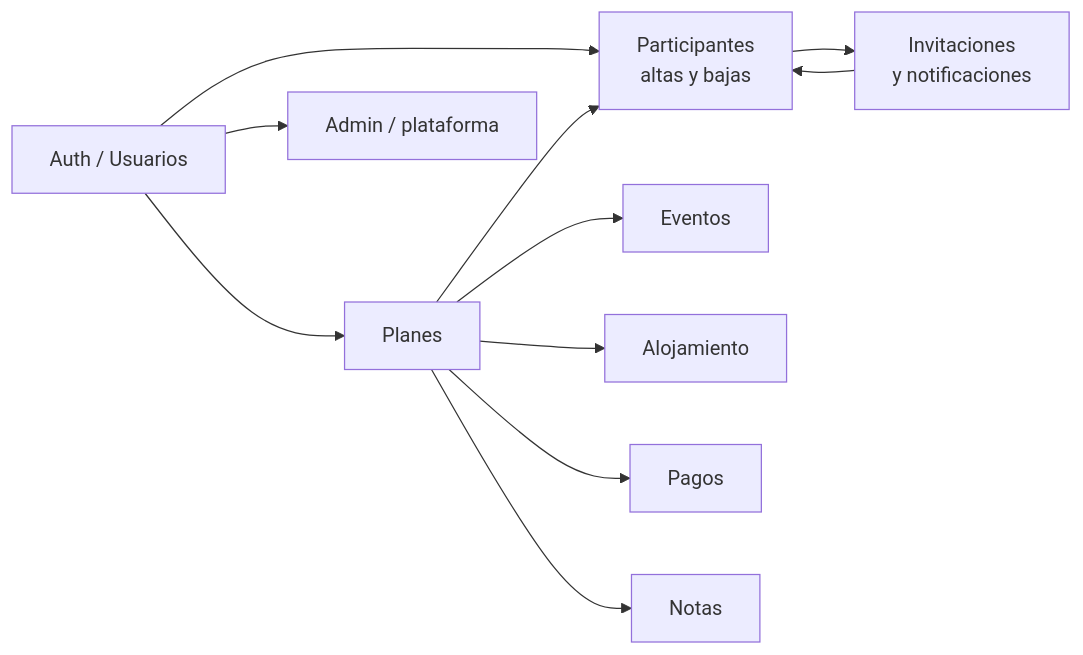
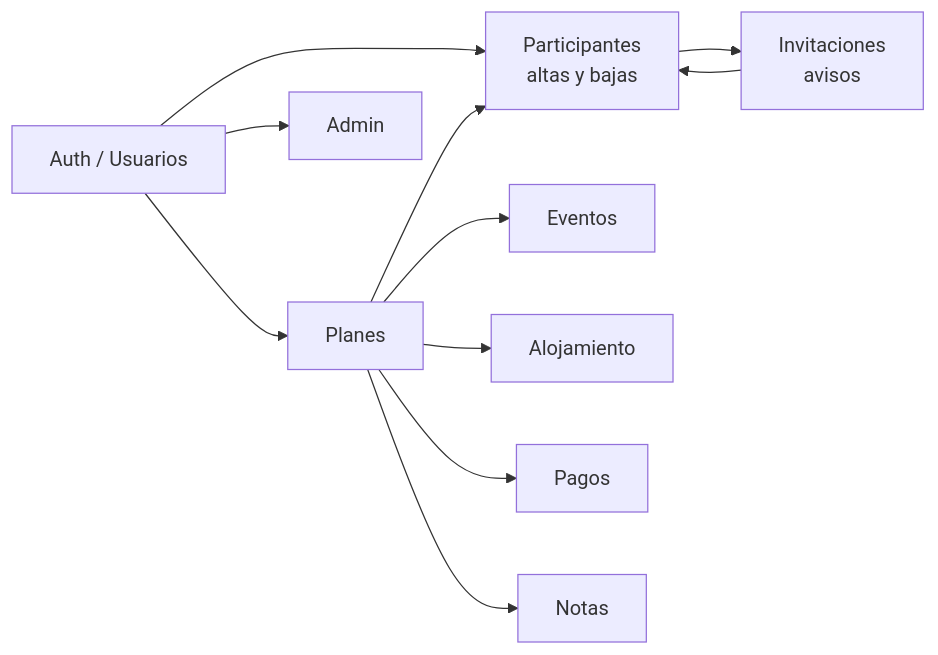
The diagram in docs/flujos/MAPA_FLUJOS.md (planazoo/planazoo-platform), drawn with Mermaid before and after one commit. The commit also changed other lines of this file and 40 other files, not shown here.

````diff
--- a/docs/flujos/MAPA_FLUJOS.md
+++ b/docs/flujos/MAPA_FLUJOS.md
@@ -6,23 +27,23 @@
 ```mermaid
 flowchart LR
   AUTH["Auth / Usuarios"]
   PLAN["Planes"]
   PART["Participantes<br/>altas y bajas"]
-  INV["Invitaciones<br/>y notificaciones"]
+  INV["Invitaciones<br/>avisos"]
   EVT["Eventos"]
   ALO["Alojamiento"]
   PAY["Pagos"]
   NOTES["Notas"]
-  ADMIN["Admin / plataforma"]
+  ADMIN["Admin"]
 
   AUTH --> PLAN
   AUTH --> PART
   PLAN --> PART
   PART --> INV
   INV --> PART
   PLAN --> EVT
   PLAN --> ALO
   PLAN --> PAY
   PLAN --> NOTES
   AUTH --> ADMIN
 ```
````
